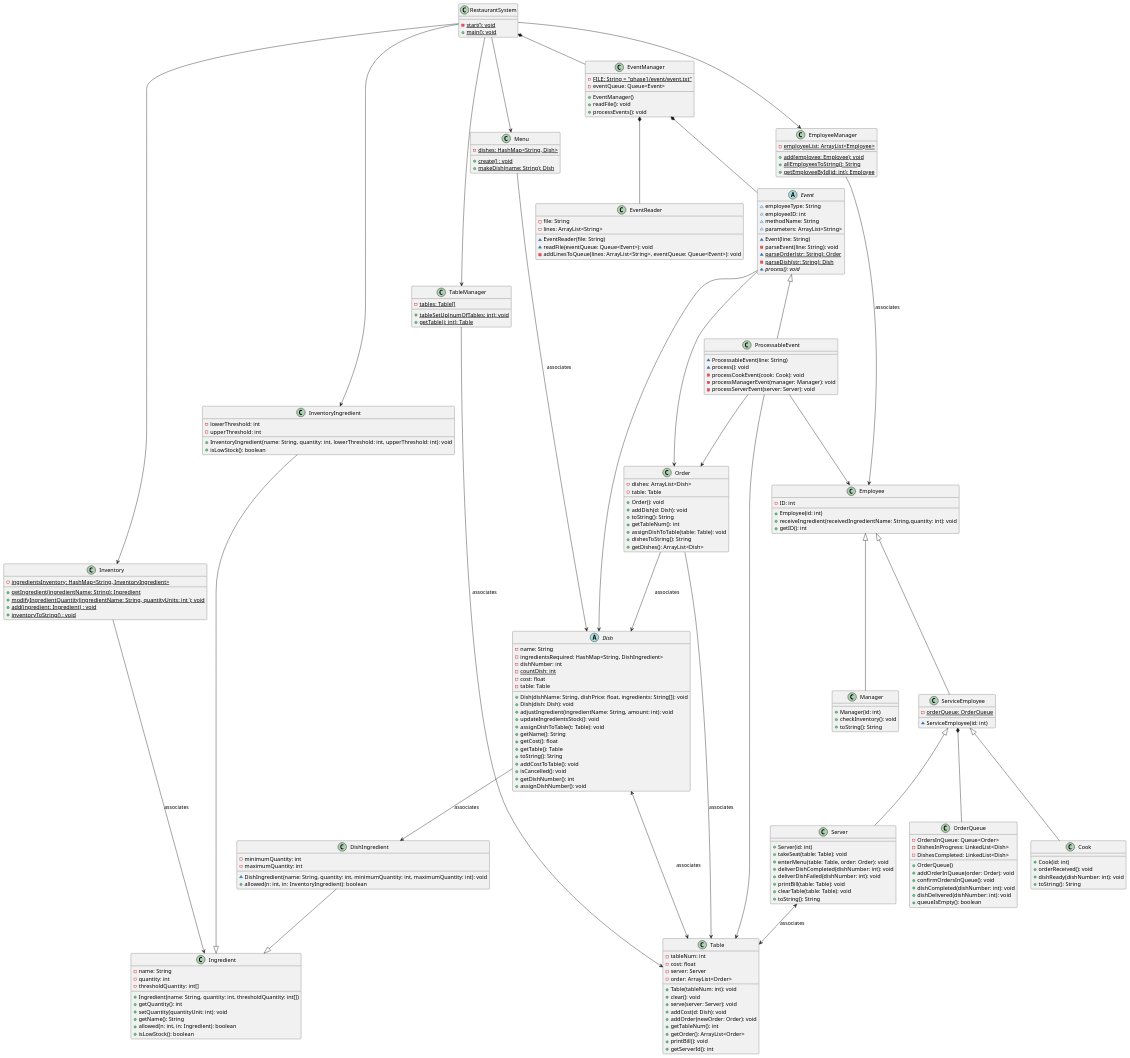
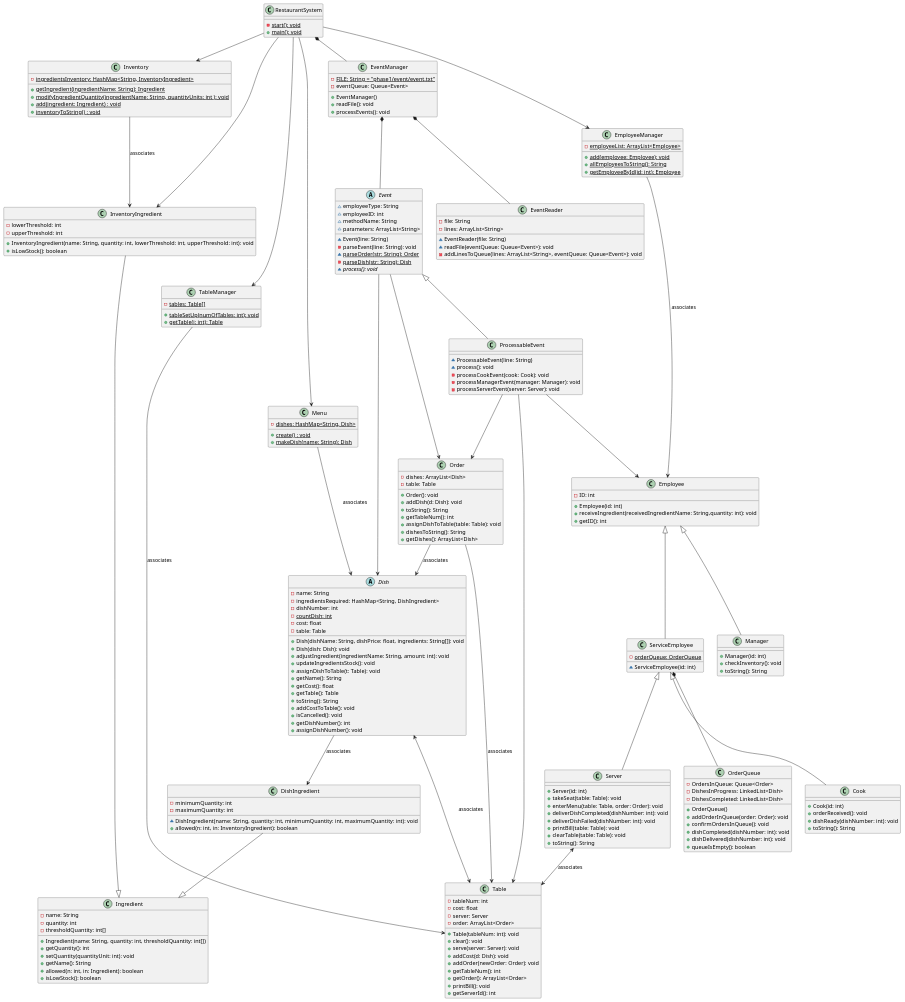
One commit to billangli/RestaurantSystem changed the diagram in phase1/phase1uml.puml. Above: the diagram before and after it, drawn with PlantUML. The commit also changed 1 other file, not shown here.

```diff
--- a/phase1/phase1uml.puml
+++ b/phase1/phase1uml.puml
@@ -156,7 +156,7 @@
 + {static} add(ingredient: Ingredient) : void
 + {static} inventoryToString() : void
 }
-Inventory --> Ingredient: associates
+Inventory --> InventoryIngredient: associates
 
 class Menu {
 - {static} dishes: HashMap<String, Dish>
```
